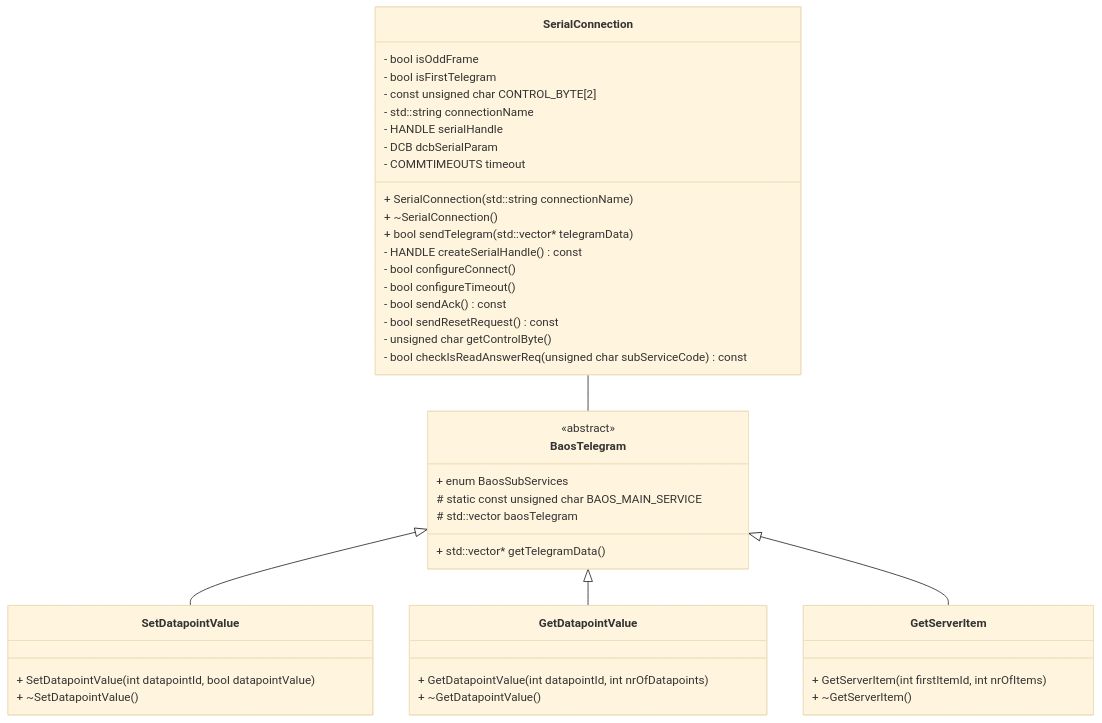
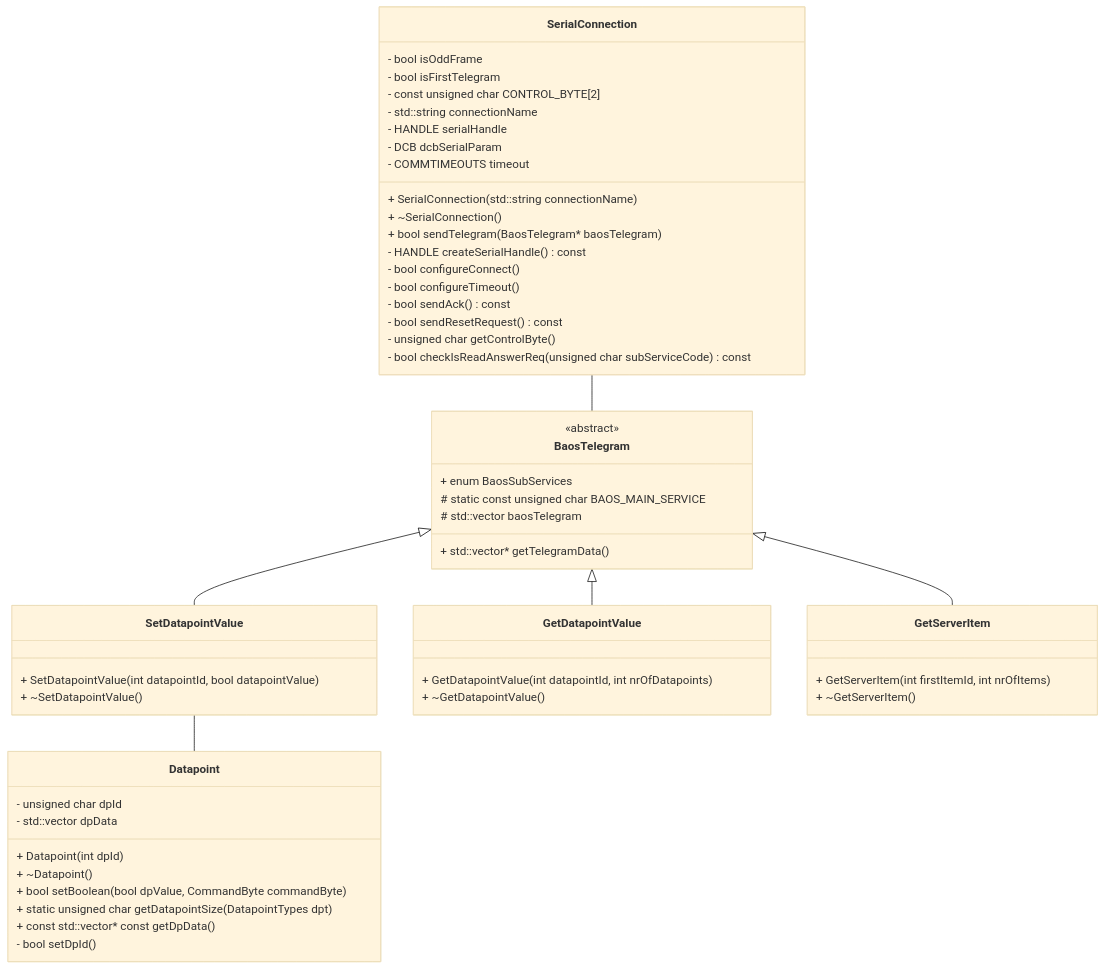
Before and after one commit to drbrodix/BaosMini: the diagram in Documentation/Writerside/topics/topics/ClassDiagramm.md, drawn with Mermaid (base theme). The commit also changed 7 other files, not shown here.

````diff
--- a/Documentation/Writerside/topics/topics/ClassDiagramm.md
+++ b/Documentation/Writerside/topics/topics/ClassDiagramm.md
@@ -3,54 +3,68 @@
 ```mermaid
 
 classDiagram
 
 SerialConnection -- BaosTelegram
 BaosTelegram <|-- SetDatapointValue
 BaosTelegram <|-- GetDatapointValue
 BaosTelegram <|-- GetServerItem
+SetDatapointValue -- Datapoint
+
 class SerialConnection{
     - bool isOddFrame
 	- bool isFirstTelegram
 	- const unsigned char CONTROL_BYTE[2]
 	- std::string connectionName
 	- HANDLE serialHandle
 	- DCB dcbSerialParam
 	- COMMTIMEOUTS timeout
 	
 	+ SerialConnection(std::string connectionName)
 	+ ~SerialConnection()
-    + bool sendTelegram(std::vector<unsigned char>* telegramData)
+    + bool sendTelegram(BaosTelegram* baosTelegram)
     - HANDLE createSerialHandle() const
 	- bool configureConnect()
 	- bool configureTimeout()
 	- bool sendAck() const
 	- bool sendResetRequest() const
 	- unsigned char getControlByte()
 	- bool checkIsReadAnswerReq(unsigned char subServiceCode) const
 }
 
 class BaosTelegram{
     <<abstract>>
     + enum BaosSubServices
     # static const unsigned char BAOS_MAIN_SERVICE
     # std::vector<unsigned char> baosTelegram
     
     + std::vector<unsigned char>* getTelegramData()
 }
 
 class SetDatapointValue{
 	+ SetDatapointValue(int datapointId, bool datapointValue)
 	+ ~SetDatapointValue()
 }
 
 class GetDatapointValue{
 	+ GetDatapointValue(int datapointId, int nrOfDatapoints)
 	+ ~GetDatapointValue()
 }
 
 class GetServerItem{
 	+ GetServerItem(int firstItemId, int nrOfItems)
 	+ ~GetServerItem()
 }
 
+class Datapoint{
+    - unsigned char dpId
+    - std::vector<unsigned char> dpData
+    
+    + Datapoint(int dpId)
+    + ~Datapoint()
+    + bool setBoolean(bool dpValue, CommandByte commandByte)
+    + static unsigned char getDatapointSize(DatapointTypes dpt)
+    + const std::vector<unsigned char>* const getDpData()
+    - bool setDpId()
+}
+
 ```
````
